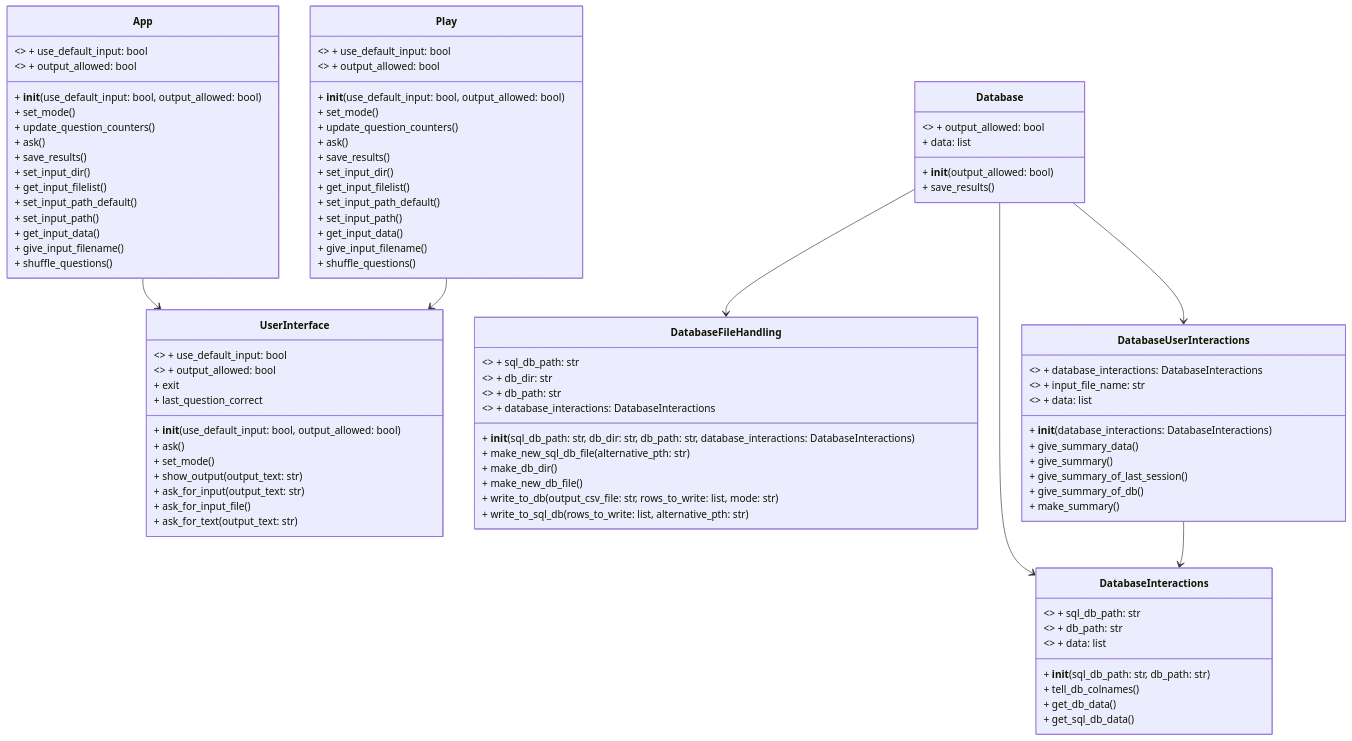
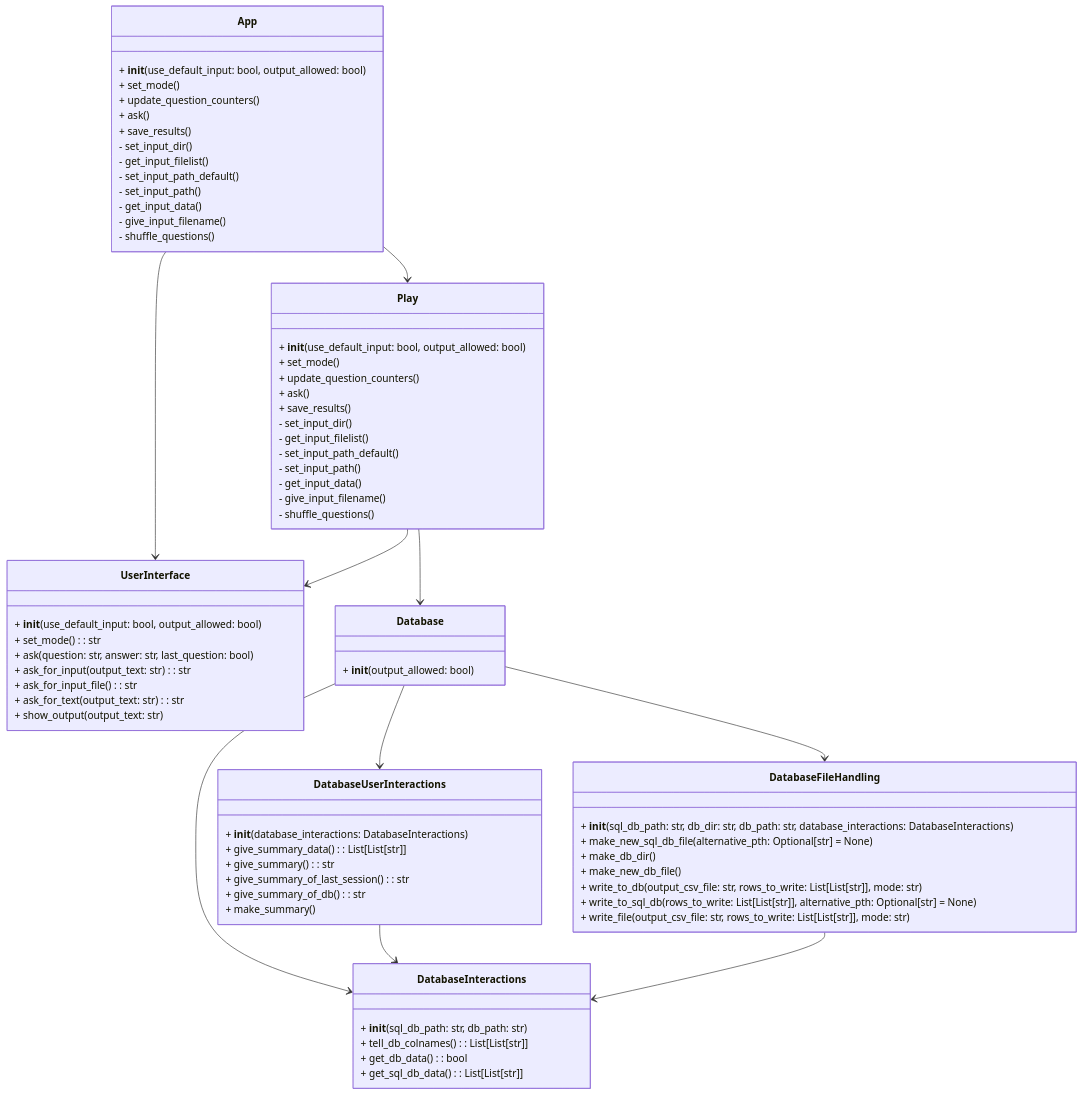
One commit to platipus82/ot-harjoitustyo changed the diagram in dokumentaatio/luokkakaavio_detailed.MD. Above: the diagram before and after it, drawn with Mermaid.

````diff
--- a/dokumentaatio/luokkakaavio_detailed.MD
+++ b/dokumentaatio/luokkakaavio_detailed.MD
@@ -1,101 +1,83 @@
 ```mermaid
 classDiagram
     class App {
-        <<class>> + use_default_input: bool
-        <<class>> + output_allowed: bool
         + __init__(use_default_input: bool, output_allowed: bool)
         + set_mode()
         + update_question_counters()
         + ask()
         + save_results()
-        + set_input_dir()
-        + get_input_filelist()
-        + set_input_path_default()
-        + set_input_path()
-        + get_input_data()
-        + give_input_filename()
-        + shuffle_questions()
+        - set_input_dir()
+        - get_input_filelist()
+        - set_input_path_default()
+        - set_input_path()
+        - get_input_data()
+        - give_input_filename()
+        - shuffle_questions()
     }
 
     class Play {
-        <<class>> + use_default_input: bool
-        <<class>> + output_allowed: bool
         + __init__(use_default_input: bool, output_allowed: bool)
         + set_mode()
         + update_question_counters()
         + ask()
         + save_results()
-        + set_input_dir()
-        + get_input_filelist()
-        + set_input_path_default()
-        + set_input_path()
-        + get_input_data()
-        + give_input_filename()
-        + shuffle_questions()
+        - set_input_dir()
+        - get_input_filelist()
+        - set_input_path_default()
+        - set_input_path()
+        - get_input_data()
+        - give_input_filename()
+        - shuffle_questions()
     }
 
     class UserInterface {
-        <<class>> + use_default_input: bool
-        <<class>> + output_allowed: bool
         + __init__(use_default_input: bool, output_allowed: bool)
-        + ask()
-        + set_mode()
-        + exit
-        + last_question_correct
+        + set_mode() : str
+        + ask(question: str, answer: str, last_question: bool)
+        + ask_for_input(output_text: str) : str
+        + ask_for_input_file() : str
+        + ask_for_text(output_text: str) : str
         + show_output(output_text: str)
-        + ask_for_input(output_text: str)
-        + ask_for_input_file()
-        + ask_for_text(output_text: str)
     }
 
     class Database {
-        <<class>> + output_allowed: bool
         + __init__(output_allowed: bool)
-        + save_results()
-        + data: list
     }
 
     class DatabaseInteractions {
-        <<class>> + sql_db_path: str
-        <<class>> + db_path: str
-        <<class>> + data: list
         + __init__(sql_db_path: str, db_path: str)
-        + tell_db_colnames()
-        + get_db_data()
-        + get_sql_db_data()
+        + tell_db_colnames() : List[List[str]]
+        + get_db_data() : bool
+        + get_sql_db_data() : List[List[str]]
     }
 
     class DatabaseFileHandling {
-        <<class>> + sql_db_path: str
-        <<class>> + db_dir: str
-        <<class>> + db_path: str
-        <<class>> + database_interactions: DatabaseInteractions
         + __init__(sql_db_path: str, db_dir: str, db_path: str, database_interactions: DatabaseInteractions)
-        + make_new_sql_db_file(alternative_pth: str)
+        + make_new_sql_db_file(alternative_pth: Optional[str] = None)
         + make_db_dir()
         + make_new_db_file()
-        + write_to_db(output_csv_file: str, rows_to_write: list, mode: str)
-        + write_to_sql_db(rows_to_write: list, alternative_pth: str)
+        + write_to_db(output_csv_file: str, rows_to_write: List[List[str]], mode: str)
+        + write_to_sql_db(rows_to_write: List[List[str]], alternative_pth: Optional[str] = None)
+        + write_file(output_csv_file: str, rows_to_write: List[List[str]], mode: str)
     }
 
     class DatabaseUserInteractions {
-        <<class>> + database_interactions: DatabaseInteractions
-        <<class>> + input_file_name: str
-        <<class>> + data: list
         + __init__(database_interactions: DatabaseInteractions)
-        + give_summary_data()
-        + give_summary()
-        + give_summary_of_last_session()
-        + give_summary_of_db()
+        + give_summary_data() : List[List[str]]
+        + give_summary() : str
+        + give_summary_of_last_session() : str
+        + give_summary_of_db() : str
         + make_summary()
     }
 
     App --> UserInterface
+    App --> Play
     Play --> UserInterface
+    Play --> Database
     Database --> DatabaseInteractions
     Database --> DatabaseFileHandling
     Database --> DatabaseUserInteractions
     DatabaseUserInteractions --> DatabaseInteractions
-
+    DatabaseFileHandling --> DatabaseInteractions
 
 ```
````
